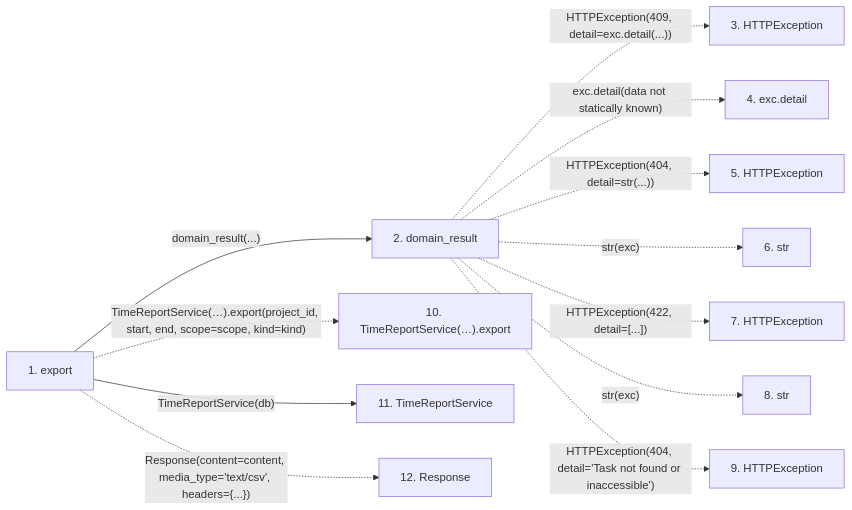
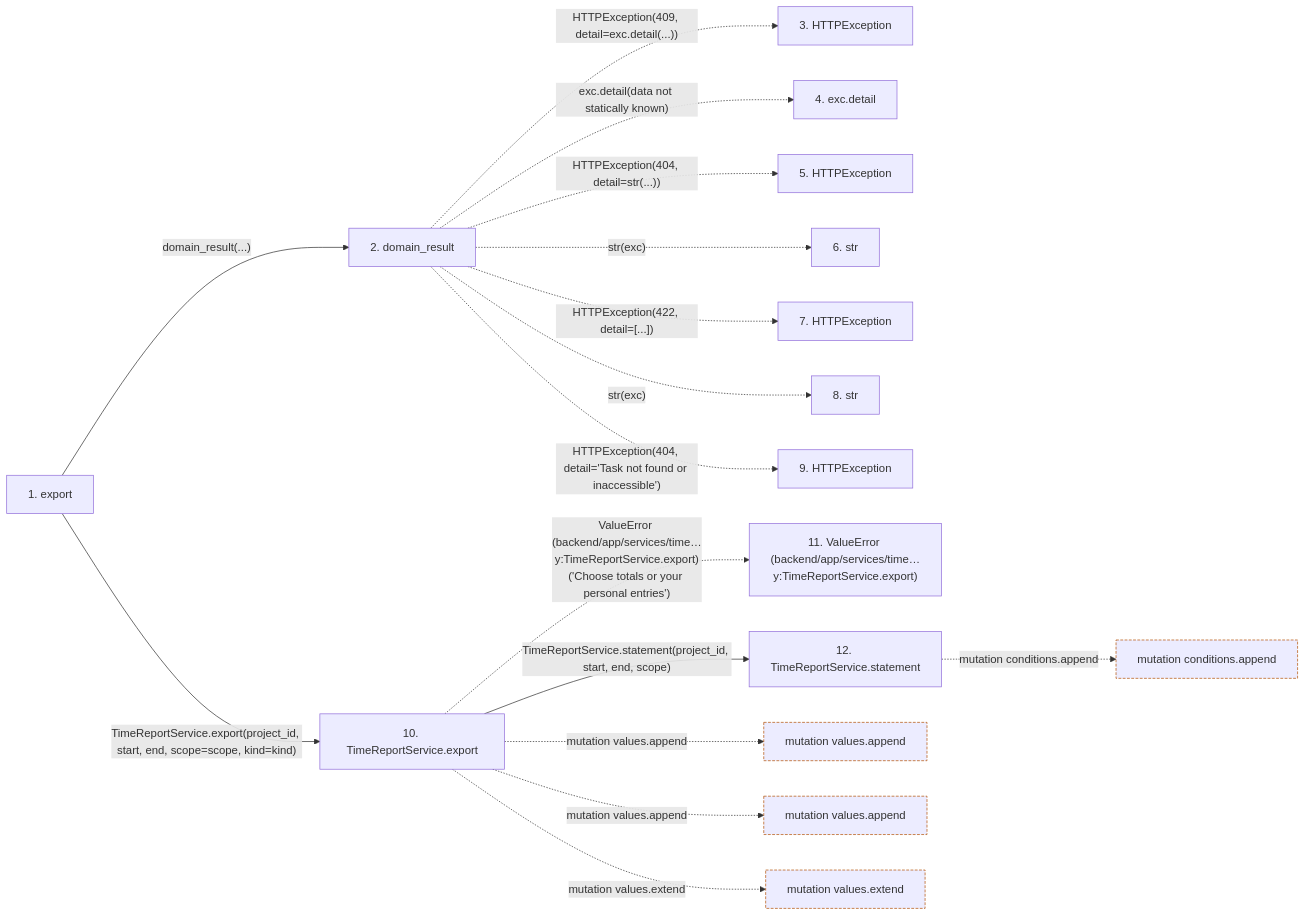
One commit to Denissvgn/WorkChord changed the second of 2 diagrams in docs/llm_wiki/flows/http-export.md. Above: the diagram before and after it, drawn with Mermaid. The commit also changed other lines of this file and 25171 other files, not shown here.

````diff
--- a/docs/llm_wiki/flows/http-export.md
+++ b/docs/llm_wiki/flows/http-export.md
@@ -36,29 +129,43 @@
 ```mermaid
 flowchart LR
     s1["1. export"]
     s2["2. domain_result"]
     s3["3. HTTPException"]
     s4["4. exc.detail"]
     s5["5. HTTPException"]
     s6["6. str"]
     s7["7. HTTPException"]
     s8["8. str"]
     s9["9. HTTPException"]
-    s10["10. TimeReportService(…).export"]
-    s11["11. TimeReportService"]
-    s12["12. Response"]
+    s10["10. TimeReportService.export"]
+    s11["11. ValueError (backend/app/services/time…y:TimeReportService.export)"]
+    s12["12. TimeReportService.statement"]
     s1 -->|"domain_result(...)"| s2
     s2 -. "HTTPException(409, detail=exc.detail(...))" .-> s3
     s2 -. "exc.detail(data not statically known)" .-> s4
     s2 -. "HTTPException(404, detail=str(...))" .-> s5
     s2 -. "str(exc)" .-> s6
     s2 -. "HTTPException(422, detail=[...])" .-> s7
     s2 -. "str(exc)" .-> s8
     s2 -. "HTTPException(404, detail='Task not found or inaccessible')" .-> s9
-    s1 -. "TimeReportService(…).export(project_id, start, end, scope=scope, kind=kind)" .-> s10
-    s1 -->|"TimeReportService(db)"| s11
-    s1 -. "Response(content=content, media_type='text/csv', headers={...})" .-> s12
+    s1 -->|"TimeReportService.export(project_id, start, end, scope=scope, kind=kind)"| s10
+    s10 -. "ValueError (backend/app/services/time…y:TimeReportService.export)('Choose totals or your personal entries')" .-> s11
+    s10 -->|"TimeReportService.statement(project_id, start, end, scope)"| s12
+    b0["mutation values.append"]
+    s10 -. "mutation values.append" .-> b0
+    b1["mutation values.append"]
+    s10 -. "mutation values.append" .-> b1
+    b2["mutation values.extend"]
+    s10 -. "mutation values.extend" .-> b2
+    b3["mutation conditions.append"]
+    s12 -. "mutation conditions.append" .-> b3
     click s1 "../modules/time_entries.md"
     click s2 "../modules/routers_task_domain.md"
-    click s11 "../modules/time_report_service.md"
+    click s10 "../modules/time_report_service.md"
+    click s12 "../modules/time_report_service.md"
+    classDef boundary stroke:#b45309,stroke-dasharray: 4 2
+    class b0 boundary
+    class b1 boundary
+    class b2 boundary
+    class b3 boundary
 ```
````
